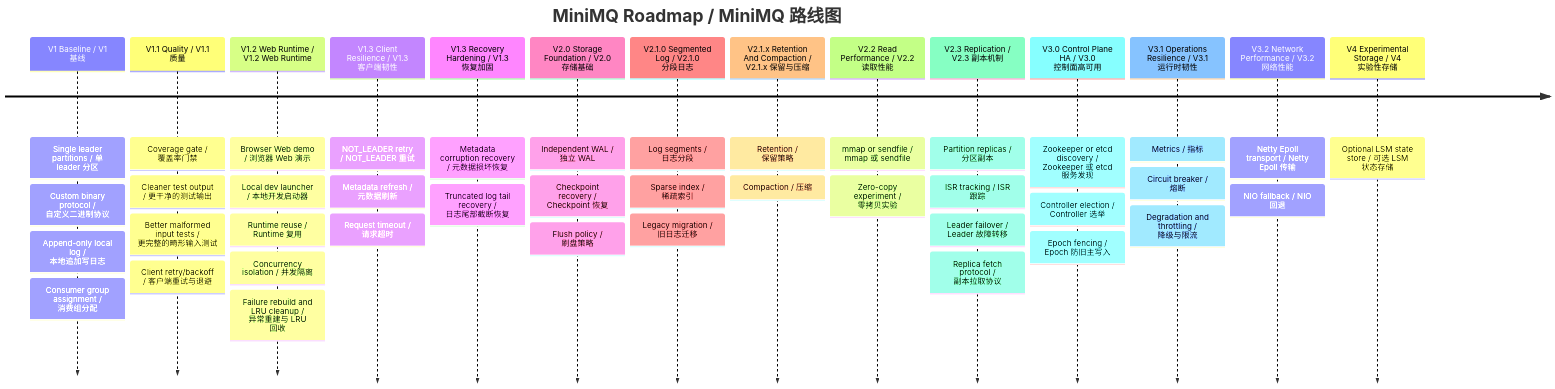
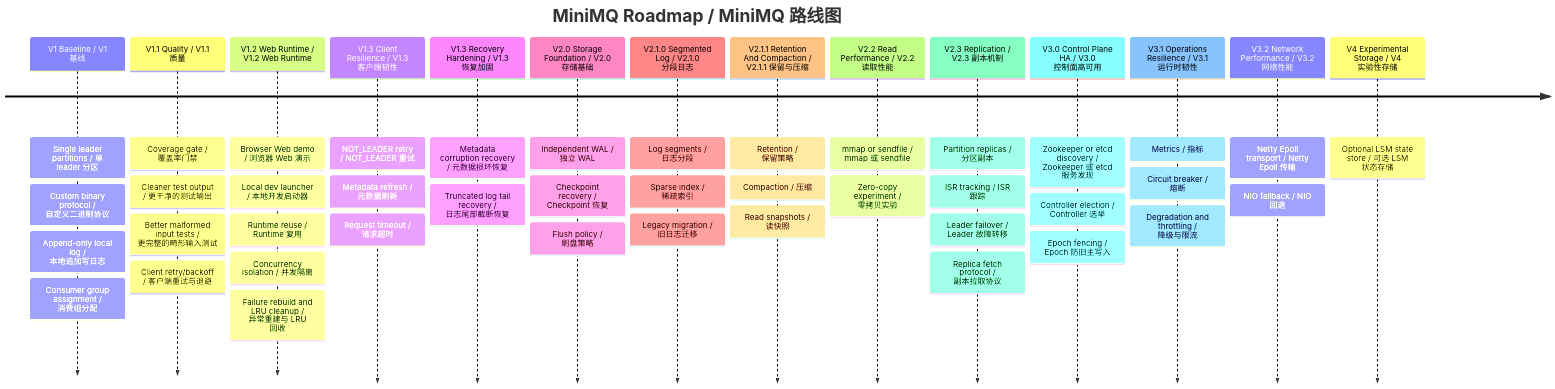
One commit to wxw121/miniMQ changed the first of 3 diagrams in docs/roadmap.md. Above: the diagram before and after it, drawn with Mermaid. The commit also changed other lines of this file and 5 other files, not shown here.

````diff
--- a/docs/roadmap.md
+++ b/docs/roadmap.md
@@ -39,45 +39,46 @@
 ```mermaid
 timeline
     title MiniMQ Roadmap / MiniMQ 路线图
     V1 Baseline / V1 基线 : Single leader partitions / 单 leader 分区
                            : Custom binary protocol / 自定义二进制协议
                            : Append-only local log / 本地追加写日志
                            : Consumer group assignment / 消费组分配
     V1.1 Quality / V1.1 质量 : Coverage gate / 覆盖率门禁
                              : Cleaner test output / 更干净的测试输出
                              : Better malformed input tests / 更完整的畸形输入测试
                              : Client retry/backoff / 客户端重试与退避
     V1.2 Web Runtime / V1.2 Web Runtime : Browser Web demo / 浏览器 Web 演示
                                          : Local dev launcher / 本地开发启动器
                                          : Runtime reuse / Runtime 复用
                                          : Concurrency isolation / 并发隔离
                                          : Failure rebuild and LRU cleanup / 异常重建与 LRU 回收
     V1.3 Client Resilience / V1.3 客户端韧性 : NOT_LEADER retry / NOT_LEADER 重试
                                              : Metadata refresh / 元数据刷新
                                              : Request timeout / 请求超时
     V1.3 Recovery Hardening / V1.3 恢复加固 : Metadata corruption recovery / 元数据损坏恢复
                                              : Truncated log tail recovery / 日志尾部截断恢复
     V2.0 Storage Foundation / V2.0 存储基础 : Independent WAL / 独立 WAL
                                              : Checkpoint recovery / Checkpoint 恢复
                                              : Flush policy / 刷盘策略
     V2.1.0 Segmented Log / V2.1.0 分段日志 : Log segments / 日志分段
                                            : Sparse index / 稀疏索引
                                            : Legacy migration / 旧日志迁移
-    V2.1.x Retention And Compaction / V2.1.x 保留与压缩 : Retention / 保留策略
-                                                       : Compaction / 压缩
+    V2.1.1 Retention And Compaction / V2.1.1 保留与压缩 : Retention / 保留策略
+                                                         : Compaction / 压缩
+                                                         : Read snapshots / 读快照
     V2.2 Read Performance / V2.2 读取性能 : mmap or sendfile / mmap 或 sendfile
                                            : Zero-copy experiment / 零拷贝实验
     V2.3 Replication / V2.3 副本机制 : Partition replicas / 分区副本
                                       : ISR tracking / ISR 跟踪
                                       : Leader failover / Leader 故障转移
                                       : Replica fetch protocol / 副本拉取协议
     V3.0 Control Plane HA / V3.0 控制面高可用 : Zookeeper or etcd discovery / Zookeeper 或 etcd 服务发现
                                                 : Controller election / Controller 选举
                                                 : Epoch fencing / Epoch 防旧主写入
     V3.1 Operations Resilience / V3.1 运行时韧性 : Metrics / 指标
                                                   : Circuit breaker / 熔断
                                                   : Degradation and throttling / 降级与限流
     V3.2 Network Performance / V3.2 网络性能 : Netty Epoll transport / Netty Epoll 传输
                                               : NIO fallback / NIO 回退
     V4 Experimental Storage / V4 实验性存储 : Optional LSM state store / 可选 LSM 状态存储
 ```
````
